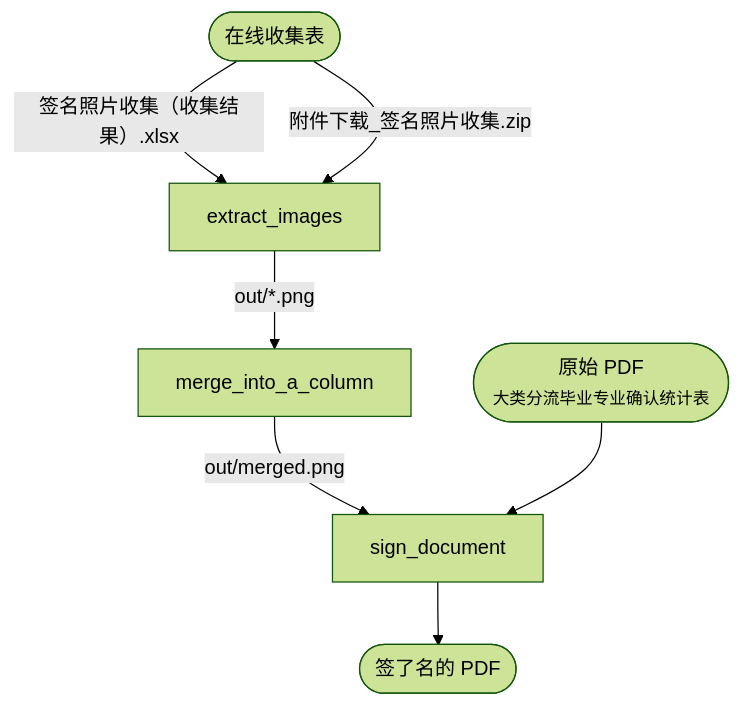
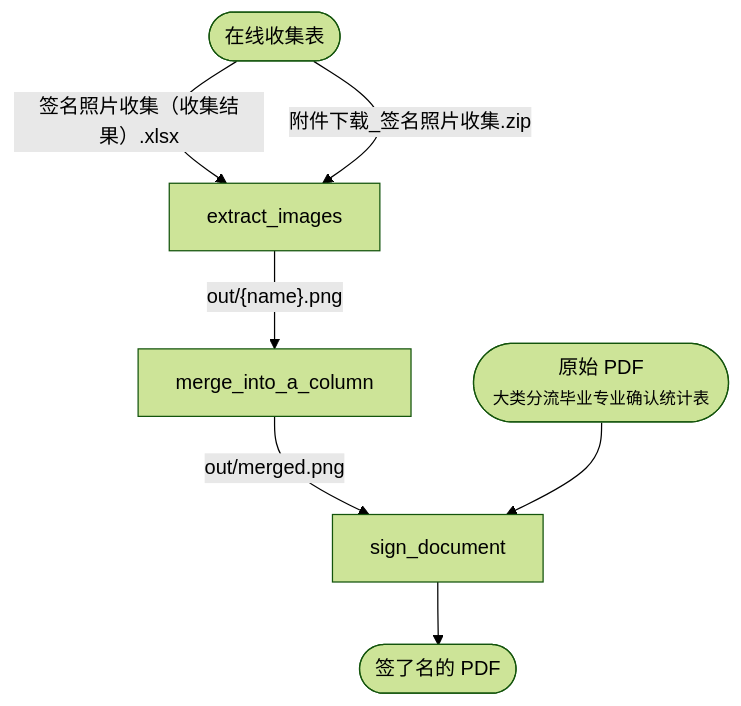
One commit to YDX-2147483647/signs changed the diagram in README.md. Above: the diagram before and after it, drawn with Mermaid (forest theme). The commit also changed other lines of this file, not shown here.

````diff
--- a/README.md
+++ b/README.md
@@ -12,12 +12,12 @@
 ```mermaid
 flowchart TB
    在线收集表([在线收集表]) -->|"签名照片收集（收集结果）.xlsx"| extract_images
    在线收集表
       -->|"附件下载_签名照片收集.zip"| extract_images
-      -->|"out/*.png"| merge_into_a_column
+      -->|"out/{name}.png"| merge_into_a_column
       -->|"out/merged.png"| sign_document
 
     original([原始 PDF<br><small>大类分流毕业专业确认统计表</small>])
        --> sign_document
        --> signed([签了名的 PDF])
 ```
````
